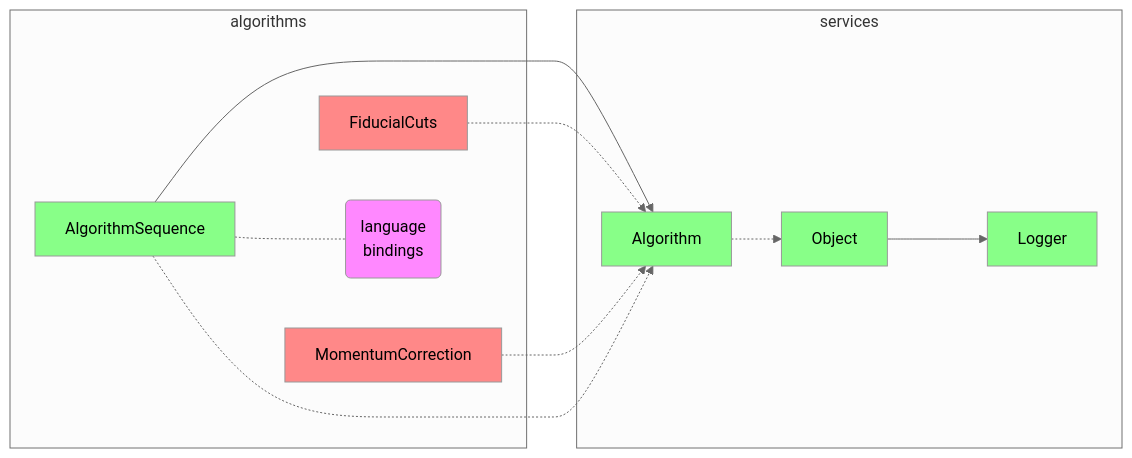
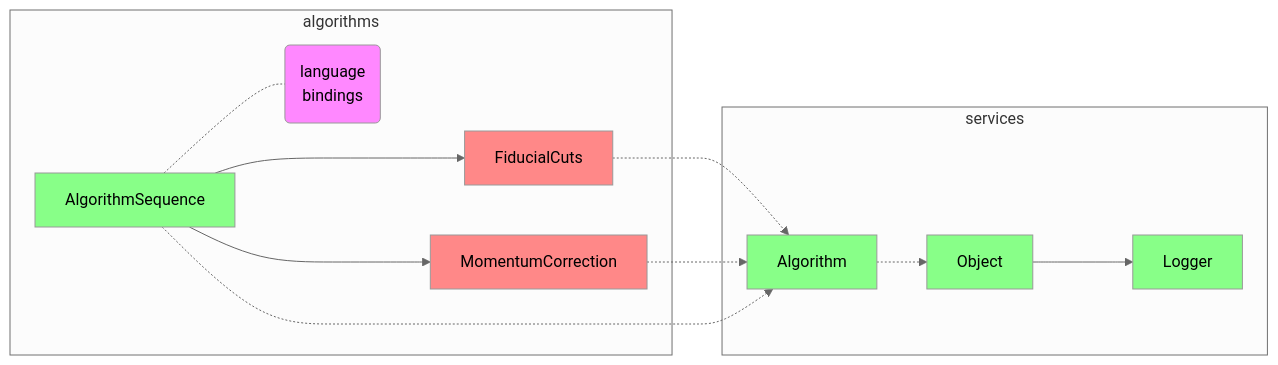
One commit to JeffersonLab/iguana changed the first of 3 diagrams in doc/design.md. Above: the diagram before and after it, drawn with Mermaid (neutral theme).

Commit message:
fix: even more ownership

````diff
--- a/doc/design.md
+++ b/doc/design.md
@@ -7,28 +7,31 @@
 ```mermaid
 flowchart LR
     classDef cls fill:#88ff88,color:black
     classDef algo fill:#ff8888,color:black
     classDef other fill:#ff88ff,color:black
 
     subgraph services
         Algorithm:::cls
         Logger:::cls
         Object:::cls
     end
 
     subgraph algorithms
         FiducialCuts:::algo
         MomentumCorrection:::algo
         AlgorithmSequence:::cls
         bindings(language<br />bindings):::other
     end
 
-    AlgorithmSequence ---> Algorithm
-    AlgorithmSequence -.-  bindings
-    Object            ---> Logger
-
     FiducialCuts       -.-> Algorithm
     MomentumCorrection -.-> Algorithm
     AlgorithmSequence  -.-> Algorithm
     Algorithm          -.-> Object
+
+    Object            ---> Logger
+    AlgorithmSequence ---> MomentumCorrection
+    AlgorithmSequence ---> FiducialCuts
+
+    AlgorithmSequence -.-  bindings
+
 ```
````
